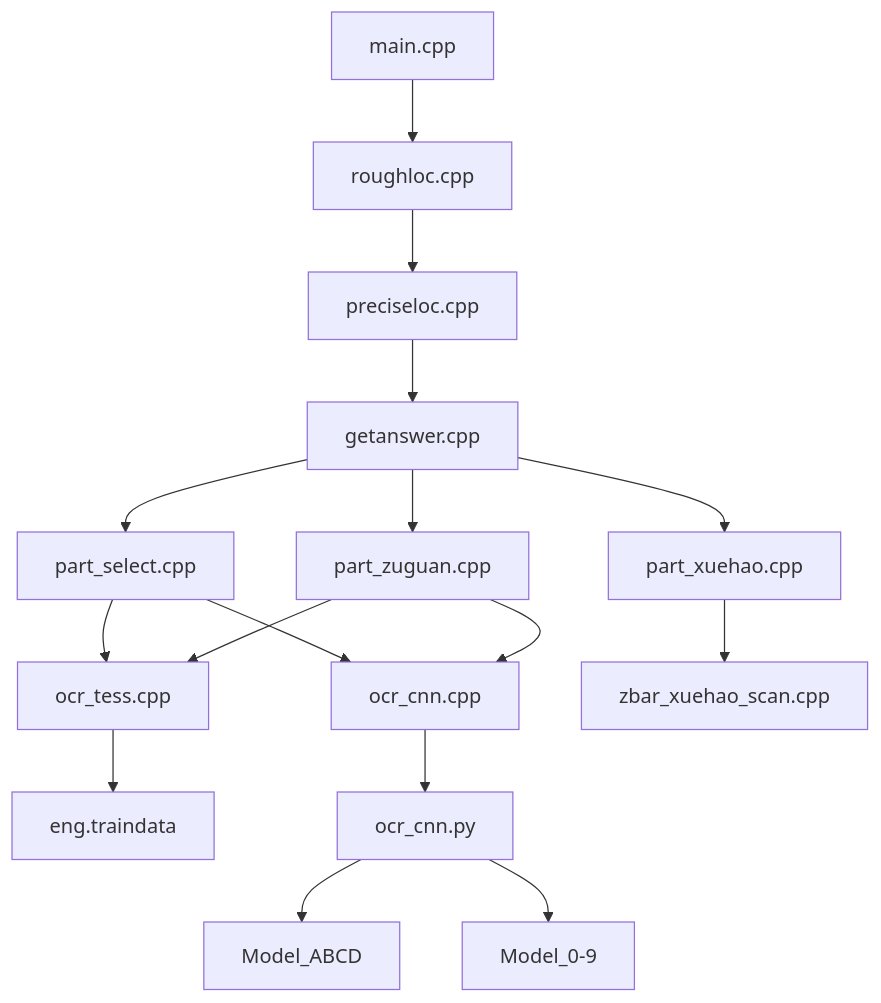
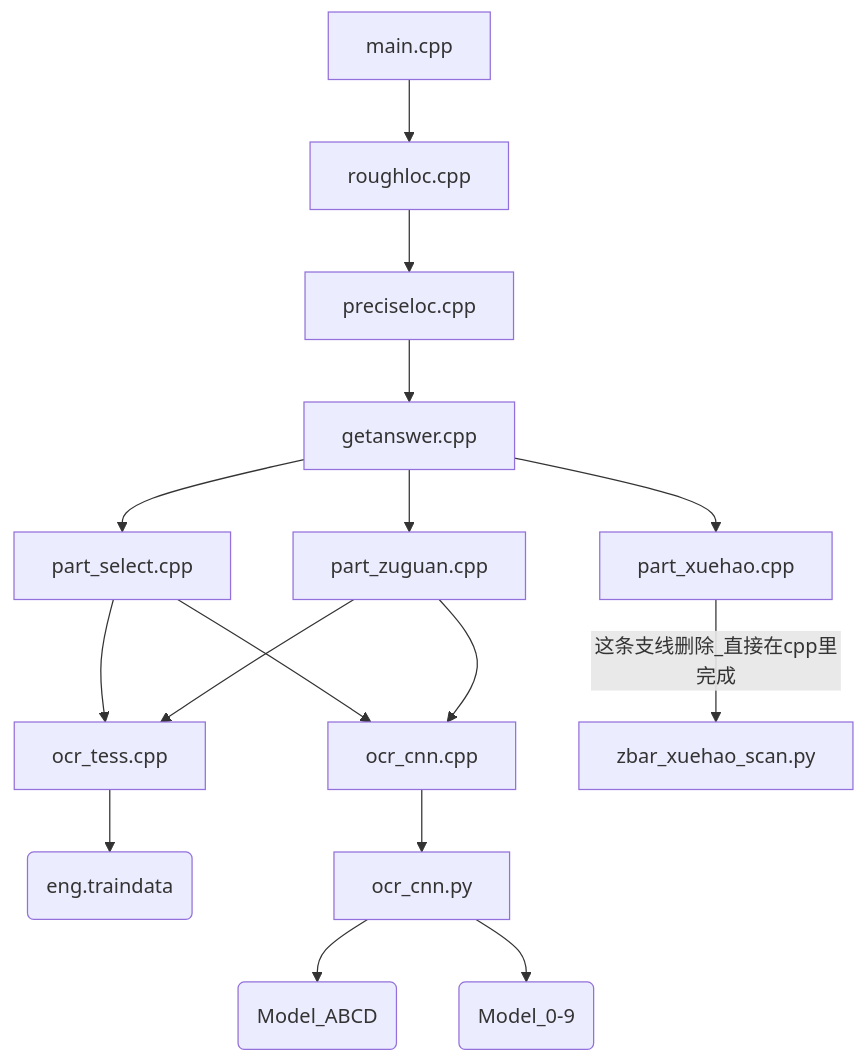
The diagram in paperocr/README.md (tuling56/Code), drawn with Mermaid before and after one commit. The commit also changed other lines of this file and 5 other files, not shown here.

````diff
--- a/paperocr/README.md
+++ b/paperocr/README.md
@@ -13,23 +16,23 @@
 ```mermaid
 graph TD
 A[main.cpp]-->B[roughloc.cpp]
 B-->C[preciseloc.cpp]
 C-->D[getanswer.cpp]
 
 D-->E[part_select.cpp]
 D-->F[part_xuehao.cpp]
 D-->G[part_zuguan.cpp]
 
 E-->H[ocr_cnn.cpp]
 G-->H
 
 E-->K[ocr_tess.cpp]
 G-->K
-K-->eng.traindata
+K-->M1(eng.traindata)
 
 H-->T[ocr_cnn.py]
-T-->Model_ABCD
-T-->Model_0-9
+T-->M2(Model_ABCD)
+T-->M3(Model_0-9)
 
-F-->zbar_xuehao_scan.cpp
+F-->|这条支线删除_直接在cpp里完成|zbar_xuehao_scan.py
 ```
````
